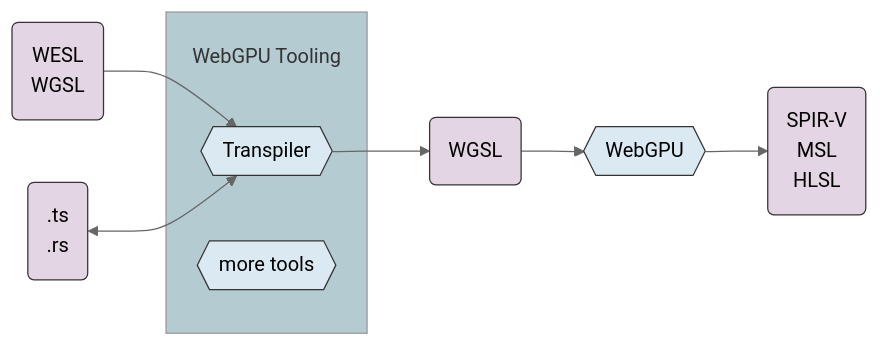
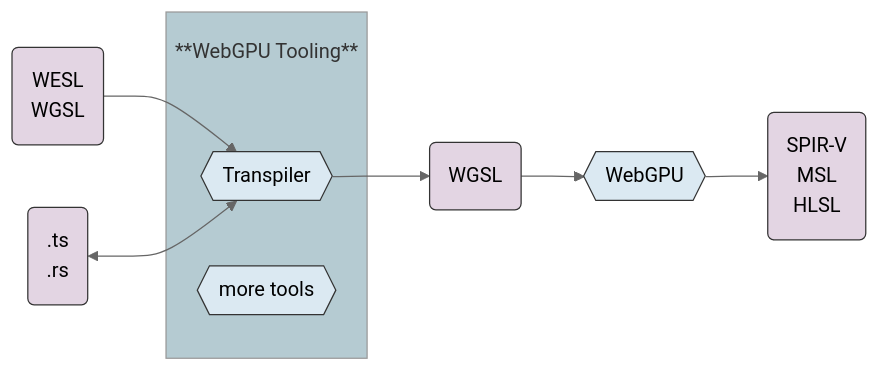
Before and after one commit to mighdoll/wesl-website: the second of 4 diagrams in presentations/symposium-2026-02-13/slides.md, drawn with Mermaid (neutral theme). The commit also changed other lines of this file, not shown here.

Commit message:
use subGraphTitleMargin

````diff
--- a/presentations/symposium-2026-02-13/slides.md
+++ b/presentations/symposium-2026-02-13/slides.md
@@ -377,20 +377,21 @@
 ```mermaid
+%%{init: {'flowchart': {'subGraphTitleMargin': {'top': 20}}}}%%
 flowchart LR
 
   W(WESL<br>WGSL):::data --> T
   H(.ts<br>.rs):::data <--> T
 
-  subgraph tools ["<br>WebGPU Tooling"]
+  subgraph tools ["**WebGPU Tooling**"]
    X{{"more tools"}}:::transform
    T{{Transpiler}}:::transform
   end
-
-  style tools fill:#b5cbd2,stroke:#999
 
   T --> C(WGSL):::data
   --> D{{WebGPU}}:::transform
   --> E(SPIR-V<br>MSL<br>HLSL):::data
 
+  style tools fill:#b5cbd2,stroke:#999
+
   classDef transform fill:#dbe9f2,stroke:#333;
   classDef data fill:#e3d5e3, stroke:#333;
 ```
````
